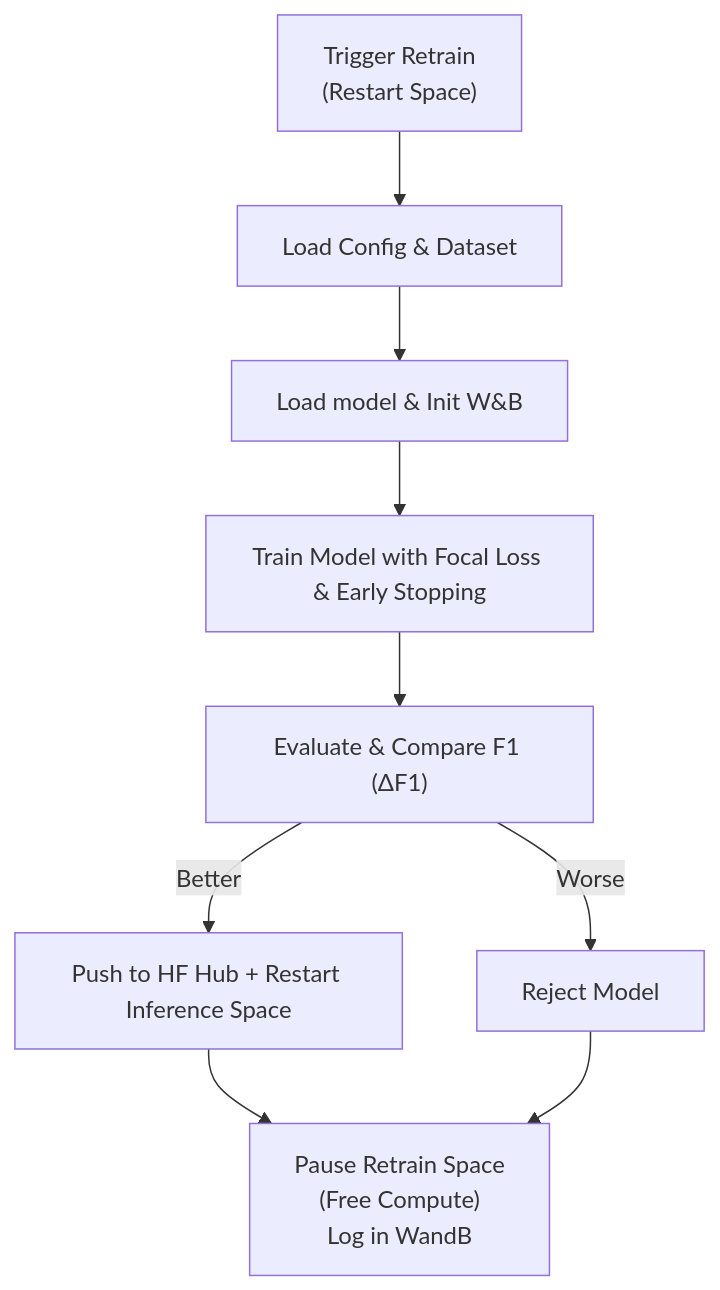
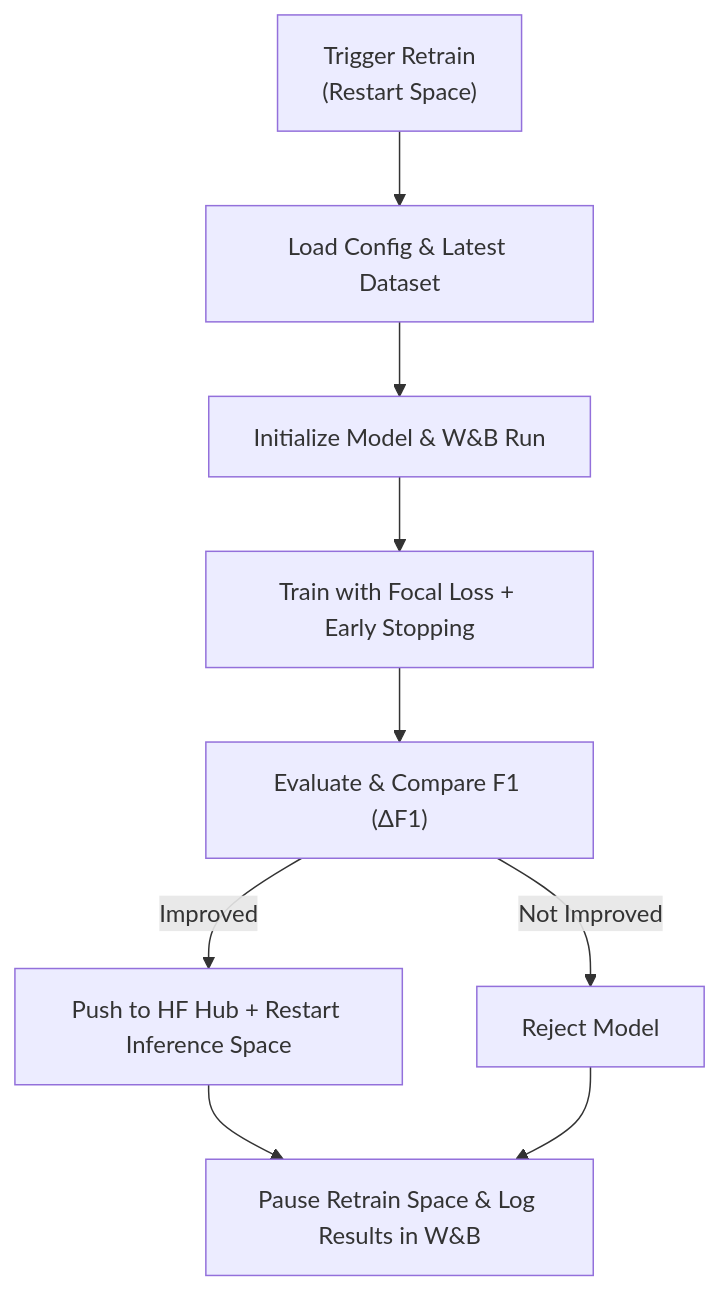
The second of 2 diagrams in README.md (fuseai-fellowship/Sambodhan-AI-Powered-Grievance-Redressal-System-for-Local-Governance), drawn with Mermaid before and after one commit. The commit also changed other lines of this file, not shown here.

Commit message:
update README.md: enhance continuous learning system section with detailed dataset preparation and retraining workflows (#19)

````diff
--- a/README.md
+++ b/README.md
@@ -156,11 +195,11 @@
 ```mermaid
 flowchart TD
-    A["Trigger Retrain</br>(Restart Space)"] --> B["Load Config & Dataset"]
-    B --> C["Load model & Init W&B"]
-    C --> D["Train Model with Focal Loss & Early Stopping"]
+    A["Trigger Retrain<br>(Restart Space)"] --> B["Load Config & Latest Dataset"]
+    B --> C["Initialize Model & W&B Run"]
+    C --> D["Train with Focal Loss + Early Stopping"]
     D --> E["Evaluate & Compare F1 (ΔF1)"]
-    E -->|Better| F["Push to HF Hub + Restart Inference Space"]
-    E -->|Worse| G["Reject Model"]
-    F --> H["Pause Retrain Space<br> (Free Compute)<br> Log in WandB "]
+    E -->|Improved| F["Push to HF Hub + Restart Inference Space"]
+    E -->|Not Improved| G["Reject Model"]
+    F --> H["Pause Retrain Space & Log Results in W&B"]
     G --> H
 ```
````
